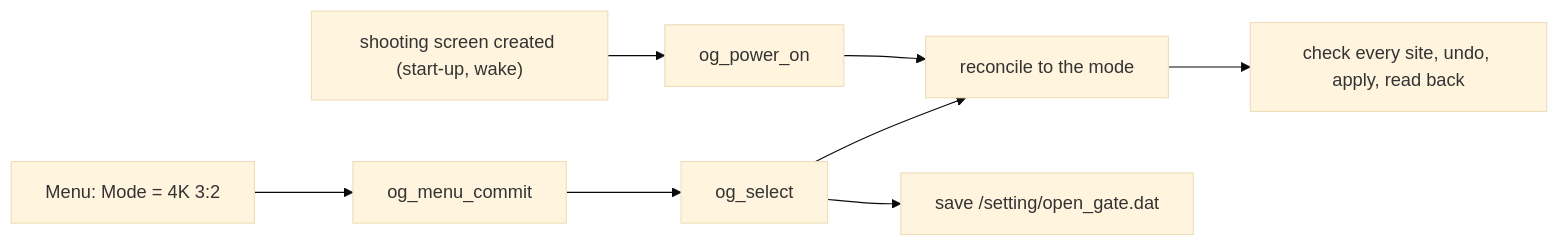
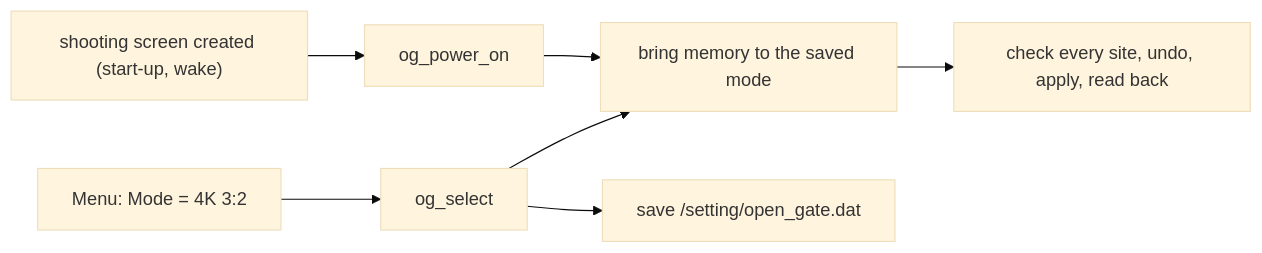
Before and after one commit to leogenot/sony-a7m4-custom-firmware-open-gate: the diagram in README.md, drawn with Mermaid (base theme). The commit also changed other lines of this file, not shown here.

````diff
--- a/README.md
+++ b/README.md
@@ -177,9 +221,9 @@
 ```mermaid
 flowchart LR
-  M["Menu: Mode = 4K 3:2"] --> C["og_menu_commit"] --> S["og_select"]
+  M["Menu: Mode = 4K 3:2"] --> S["og_select"]
   P["shooting screen created (start-up, wake)"] --> O["og_power_on"]
-  S --> R["reconcile to the mode"]
+  S --> R["bring memory to the saved mode"]
   O --> R
   R --> W["check every site, undo, apply, read back"]
   S --> F["save /setting/open_gate.dat"]
 ```
````
